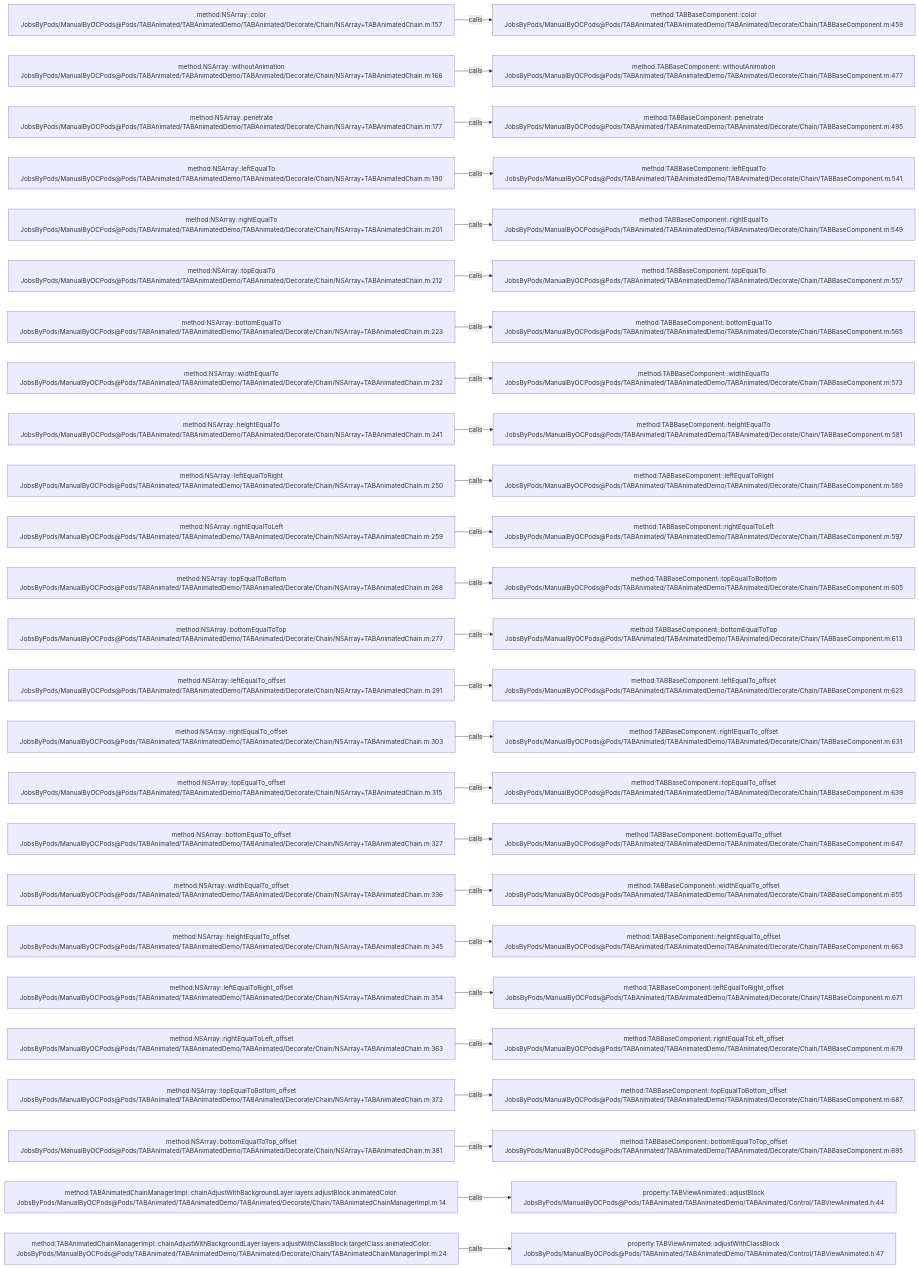
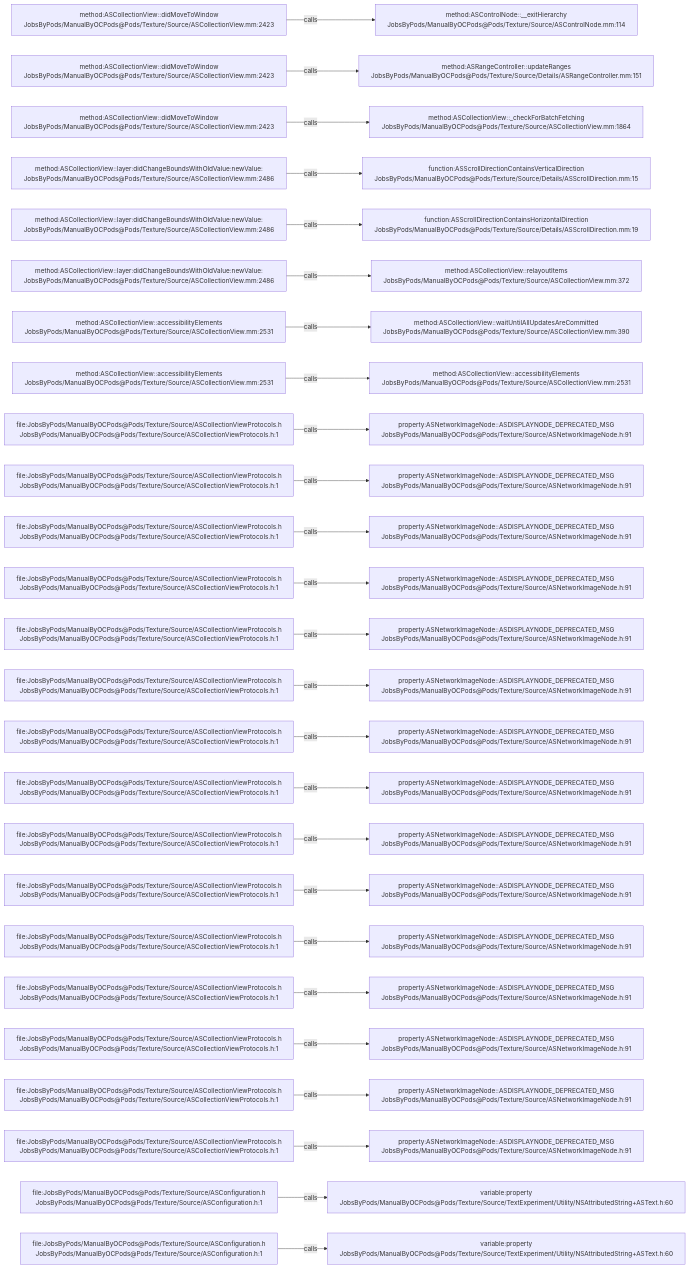
Before and after one commit to JobsKits/JobsOCBaseConfigDemo: the diagram in .codegraph/codegraph.md/graphs/calls-194.md, drawn with Mermaid. The commit also changed 573 other files, not shown here.

````diff
--- a/.codegraph/codegraph.md/graphs/calls-194.md
+++ b/.codegraph/codegraph.md/graphs/calls-194.md
@@ -13,78 +13,78 @@
 ```mermaid
 flowchart LR
-  S1["method:NSArray::color<br/>JobsByPods/ManualByOCPods@Pods/TABAnimated/TABAnimatedDemo/TABAnimated/Decorate/Chain/NSArray+TABAnimatedChain.m:157"]
-  T1["method:TABBaseComponent::color<br/>JobsByPods/ManualByOCPods@Pods/TABAnimated/TABAnimatedDemo/TABAnimated/Decorate/Chain/TABBaseComponent.m:459"]
+  S1["method:ASCollectionView::didMoveToWindow<br/>JobsByPods/ManualByOCPods@Pods/Texture/Source/ASCollectionView.mm:2423"]
+  T1["method:ASControlNode::__exitHierarchy<br/>JobsByPods/ManualByOCPods@Pods/Texture/Source/ASControlNode.mm:114"]
   S1 -->|calls| T1
-  S2["method:NSArray::withoutAnimation<br/>JobsByPods/ManualByOCPods@Pods/TABAnimated/TABAnimatedDemo/TABAnimated/Decorate/Chain/NSArray+TABAnimatedChain.m:166"]
-  T2["method:TABBaseComponent::withoutAnimation<br/>JobsByPods/ManualByOCPods@Pods/TABAnimated/TABAnimatedDemo/TABAnimated/Decorate/Chain/TABBaseComponent.m:477"]
+  S2["method:ASCollectionView::didMoveToWindow<br/>JobsByPods/ManualByOCPods@Pods/Texture/Source/ASCollectionView.mm:2423"]
+  T2["method:ASRangeController::updateRanges<br/>JobsByPods/ManualByOCPods@Pods/Texture/Source/Details/ASRangeController.mm:151"]
   S2 -->|calls| T2
-  S3["method:NSArray::penetrate<br/>JobsByPods/ManualByOCPods@Pods/TABAnimated/TABAnimatedDemo/TABAnimated/Decorate/Chain/NSArray+TABAnimatedChain.m:177"]
-  T3["method:TABBaseComponent::penetrate<br/>JobsByPods/ManualByOCPods@Pods/TABAnimated/TABAnimatedDemo/TABAnimated/Decorate/Chain/TABBaseComponent.m:495"]
+  S3["method:ASCollectionView::didMoveToWindow<br/>JobsByPods/ManualByOCPods@Pods/Texture/Source/ASCollectionView.mm:2423"]
+  T3["method:ASCollectionView::_checkForBatchFetching<br/>JobsByPods/ManualByOCPods@Pods/Texture/Source/ASCollectionView.mm:1864"]
   S3 -->|calls| T3
-  S4["method:NSArray::leftEqualTo<br/>JobsByPods/ManualByOCPods@Pods/TABAnimated/TABAnimatedDemo/TABAnimated/Decorate/Chain/NSArray+TABAnimatedChain.m:190"]
-  T4["method:TABBaseComponent::leftEqualTo<br/>JobsByPods/ManualByOCPods@Pods/TABAnimated/TABAnimatedDemo/TABAnimated/Decorate/Chain/TABBaseComponent.m:541"]
+  S4["method:ASCollectionView::layer:didChangeBoundsWithOldValue:newValue:<br/>JobsByPods/ManualByOCPods@Pods/Texture/Source/ASCollectionView.mm:2486"]
+  T4["function:ASScrollDirectionContainsVerticalDirection<br/>JobsByPods/ManualByOCPods@Pods/Texture/Source/Details/ASScrollDirection.mm:15"]
   S4 -->|calls| T4
-  S5["method:NSArray::rightEqualTo<br/>JobsByPods/ManualByOCPods@Pods/TABAnimated/TABAnimatedDemo/TABAnimated/Decorate/Chain/NSArray+TABAnimatedChain.m:201"]
-  T5["method:TABBaseComponent::rightEqualTo<br/>JobsByPods/ManualByOCPods@Pods/TABAnimated/TABAnimatedDemo/TABAnimated/Decorate/Chain/TABBaseComponent.m:549"]
+  S5["method:ASCollectionView::layer:didChangeBoundsWithOldValue:newValue:<br/>JobsByPods/ManualByOCPods@Pods/Texture/Source/ASCollectionView.mm:2486"]
+  T5["function:ASScrollDirectionContainsHorizontalDirection<br/>JobsByPods/ManualByOCPods@Pods/Texture/Source/Details/ASScrollDirection.mm:19"]
   S5 -->|calls| T5
-  S6["method:NSArray::topEqualTo<br/>JobsByPods/ManualByOCPods@Pods/TABAnimated/TABAnimatedDemo/TABAnimated/Decorate/Chain/NSArray+TABAnimatedChain.m:212"]
-  T6["method:TABBaseComponent::topEqualTo<br/>JobsByPods/ManualByOCPods@Pods/TABAnimated/TABAnimatedDemo/TABAnimated/Decorate/Chain/TABBaseComponent.m:557"]
+  S6["method:ASCollectionView::layer:didChangeBoundsWithOldValue:newValue:<br/>JobsByPods/ManualByOCPods@Pods/Texture/Source/ASCollectionView.mm:2486"]
+  T6["method:ASCollectionView::relayoutItems<br/>JobsByPods/ManualByOCPods@Pods/Texture/Source/ASCollectionView.mm:372"]
   S6 -->|calls| T6
-  S7["method:NSArray::bottomEqualTo<br/>JobsByPods/ManualByOCPods@Pods/TABAnimated/TABAnimatedDemo/TABAnimated/Decorate/Chain/NSArray+TABAnimatedChain.m:223"]
-  T7["method:TABBaseComponent::bottomEqualTo<br/>JobsByPods/ManualByOCPods@Pods/TABAnimated/TABAnimatedDemo/TABAnimated/Decorate/Chain/TABBaseComponent.m:565"]
+  S7["method:ASCollectionView::accessibilityElements<br/>JobsByPods/ManualByOCPods@Pods/Texture/Source/ASCollectionView.mm:2531"]
+  T7["method:ASCollectionView::waitUntilAllUpdatesAreCommitted<br/>JobsByPods/ManualByOCPods@Pods/Texture/Source/ASCollectionView.mm:390"]
   S7 -->|calls| T7
-  S8["method:NSArray::widthEqualTo<br/>JobsByPods/ManualByOCPods@Pods/TABAnimated/TABAnimatedDemo/TABAnimated/Decorate/Chain/NSArray+TABAnimatedChain.m:232"]
-  T8["method:TABBaseComponent::widthEqualTo<br/>JobsByPods/ManualByOCPods@Pods/TABAnimated/TABAnimatedDemo/TABAnimated/Decorate/Chain/TABBaseComponent.m:573"]
+  S8["method:ASCollectionView::accessibilityElements<br/>JobsByPods/ManualByOCPods@Pods/Texture/Source/ASCollectionView.mm:2531"]
+  T8["method:ASCollectionView::accessibilityElements<br/>JobsByPods/ManualByOCPods@Pods/Texture/Source/ASCollectionView.mm:2531"]
   S8 -->|calls| T8
-  S9["method:NSArray::heightEqualTo<br/>JobsByPods/ManualByOCPods@Pods/TABAnimated/TABAnimatedDemo/TABAnimated/Decorate/Chain/NSArray+TABAnimatedChain.m:241"]
-  T9["method:TABBaseComponent::heightEqualTo<br/>JobsByPods/ManualByOCPods@Pods/TABAnimated/TABAnimatedDemo/TABAnimated/Decorate/Chain/TABBaseComponent.m:581"]
+  S9["file:JobsByPods/ManualByOCPods@Pods/Texture/Source/ASCollectionViewProtocols.h<br/>JobsByPods/ManualByOCPods@Pods/Texture/Source/ASCollectionViewProtocols.h:1"]
+  T9["property:ASNetworkImageNode::ASDISPLAYNODE_DEPRECATED_MSG<br/>JobsByPods/ManualByOCPods@Pods/Texture/Source/ASNetworkImageNode.h:91"]
   S9 -->|calls| T9
-  S10["method:NSArray::leftEqualToRight<br/>JobsByPods/ManualByOCPods@Pods/TABAnimated/TABAnimatedDemo/TABAnimated/Decorate/Chain/NSArray+TABAnimatedChain.m:250"]
-  T10["method:TABBaseComponent::leftEqualToRight<br/>JobsByPods/ManualByOCPods@Pods/TABAnimated/TABAnimatedDemo/TABAnimated/Decorate/Chain/TABBaseComponent.m:589"]
+  S10["file:JobsByPods/ManualByOCPods@Pods/Texture/Source/ASCollectionViewProtocols.h<br/>JobsByPods/ManualByOCPods@Pods/Texture/Source/ASCollectionViewProtocols.h:1"]
+  T10["property:ASNetworkImageNode::ASDISPLAYNODE_DEPRECATED_MSG<br/>JobsByPods/ManualByOCPods@Pods/Texture/Source/ASNetworkImageNode.h:91"]
   S10 -->|calls| T10
-  S11["method:NSArray::rightEqualToLeft<br/>JobsByPods/ManualByOCPods@Pods/TABAnimated/TABAnimatedDemo/TABAnimated/Decorate/Chain/NSArray+TABAnimatedChain.m:259"]
-  T11["method:TABBaseComponent::rightEqualToLeft<br/>JobsByPods/ManualByOCPods@Pods/TABAnimated/TABAnimatedDemo/TABAnimated/Decorate/Chain/TABBaseComponent.m:597"]
+  S11["file:JobsByPods/ManualByOCPods@Pods/Texture/Source/ASCollectionViewProtocols.h<br/>JobsByPods/ManualByOCPods@Pods/Texture/Source/ASCollectionViewProtocols.h:1"]
+  T11["property:ASNetworkImageNode::ASDISPLAYNODE_DEPRECATED_MSG<br/>JobsByPods/ManualByOCPods@Pods/Texture/Source/ASNetworkImageNode.h:91"]
   S11 -->|calls| T11
-  S12["method:NSArray::topEqualToBottom<br/>JobsByPods/ManualByOCPods@Pods/TABAnimated/TABAnimatedDemo/TABAnimated/Decorate/Chain/NSArray+TABAnimatedChain.m:268"]
-  T12["method:TABBaseComponent::topEqualToBottom<br/>JobsByPods/ManualByOCPods@Pods/TABAnimated/TABAnimatedDemo/TABAnimated/Decorate/Chain/TABBaseComponent.m:605"]
+  S12["file:JobsByPods/ManualByOCPods@Pods/Texture/Source/ASCollectionViewProtocols.h<br/>JobsByPods/ManualByOCPods@Pods/Texture/Source/ASCollectionViewProtocols.h:1"]
+  T12["property:ASNetworkImageNode::ASDISPLAYNODE_DEPRECATED_MSG<br/>JobsByPods/ManualByOCPods@Pods/Texture/Source/ASNetworkImageNode.h:91"]
   S12 -->|calls| T12
-  S13["method:NSArray::bottomEqualToTop<br/>JobsByPods/ManualByOCPods@Pods/TABAnimated/TABAnimatedDemo/TABAnimated/Decorate/Chain/NSArray+TABAnimatedChain.m:277"]
-  T13["method:TABBaseComponent::bottomEqualToTop<br/>JobsByPods/ManualByOCPods@Pods/TABAnimated/TABAnimatedDemo/TABAnimated/Decorate/Chain/TABBaseComponent.m:613"]
+  S13["file:JobsByPods/ManualByOCPods@Pods/Texture/Source/ASCollectionViewProtocols.h<br/>JobsByPods/ManualByOCPods@Pods/Texture/Source/ASCollectionViewProtocols.h:1"]
+  T13["property:ASNetworkImageNode::ASDISPLAYNODE_DEPRECATED_MSG<br/>JobsByPods/ManualByOCPods@Pods/Texture/Source/ASNetworkImageNode.h:91"]
   S13 -->|calls| T13
-  S14["method:NSArray::leftEqualTo_offset<br/>JobsByPods/ManualByOCPods@Pods/TABAnimated/TABAnimatedDemo/TABAnimated/Decorate/Chain/NSArray+TABAnimatedChain.m:291"]
-  T14["method:TABBaseComponent::leftEqualTo_offset<br/>JobsByPods/ManualByOCPods@Pods/TABAnimated/TABAnimatedDemo/TABAnimated/Decorate/Chain/TABBaseComponent.m:623"]
+  S14["file:JobsByPods/ManualByOCPods@Pods/Texture/Source/ASCollectionViewProtocols.h<br/>JobsByPods/ManualByOCPods@Pods/Texture/Source/ASCollectionViewProtocols.h:1"]
+  T14["property:ASNetworkImageNode::ASDISPLAYNODE_DEPRECATED_MSG<br/>JobsByPods/ManualByOCPods@Pods/Texture/Source/ASNetworkImageNode.h:91"]
   S14 -->|calls| T14
-  S15["method:NSArray::rightEqualTo_offset<br/>JobsByPods/ManualByOCPods@Pods/TABAnimated/TABAnimatedDemo/TABAnimated/Decorate/Chain/NSArray+TABAnimatedChain.m:303"]
-  T15["method:TABBaseComponent::rightEqualTo_offset<br/>JobsByPods/ManualByOCPods@Pods/TABAnimated/TABAnimatedDemo/TABAnimated/Decorate/Chain/TABBaseComponent.m:631"]
+  S15["file:JobsByPods/ManualByOCPods@Pods/Texture/Source/ASCollectionViewProtocols.h<br/>JobsByPods/ManualByOCPods@Pods/Texture/Source/ASCollectionViewProtocols.h:1"]
+  T15["property:ASNetworkImageNode::ASDISPLAYNODE_DEPRECATED_MSG<br/>JobsByPods/ManualByOCPods@Pods/Texture/Source/ASNetworkImageNode.h:91"]
   S15 -->|calls| T15
-  S16["method:NSArray::topEqualTo_offset<br/>JobsByPods/ManualByOCPods@Pods/TABAnimated/TABAnimatedDemo/TABAnimated/Decorate/Chain/NSArray+TABAnimatedChain.m:315"]
-  T16["method:TABBaseComponent::topEqualTo_offset<br/>JobsByPods/ManualByOCPods@Pods/TABAnimated/TABAnimatedDemo/TABAnimated/Decorate/Chain/TABBaseComponent.m:639"]
+  S16["file:JobsByPods/ManualByOCPods@Pods/Texture/Source/ASCollectionViewProtocols.h<br/>JobsByPods/ManualByOCPods@Pods/Texture/Source/ASCollectionViewProtocols.h:1"]
+  T16["property:ASNetworkImageNode::ASDISPLAYNODE_DEPRECATED_MSG<br/>JobsByPods/ManualByOCPods@Pods/Texture/Source/ASNetworkImageNode.h:91"]
   S16 -->|calls| T16
-  S17["method:NSArray::bottomEqualTo_offset<br/>JobsByPods/ManualByOCPods@Pods/TABAnimated/TABAnimatedDemo/TABAnimated/Decorate/Chain/NSArray+TABAnimatedChain.m:327"]
-  T17["method:TABBaseComponent::bottomEqualTo_offset<br/>JobsByPods/ManualByOCPods@Pods/TABAnimated/TABAnimatedDemo/TABAnimated/Decorate/Chain/TABBaseComponent.m:647"]
+  S17["file:JobsByPods/ManualByOCPods@Pods/Texture/Source/ASCollectionViewProtocols.h<br/>JobsByPods/ManualByOCPods@Pods/Texture/Source/ASCollectionViewProtocols.h:1"]
+  T17["property:ASNetworkImageNode::ASDISPLAYNODE_DEPRECATED_MSG<br/>JobsByPods/ManualByOCPods@Pods/Texture/Source/ASNetworkImageNode.h:91"]
   S17 -->|calls| T17
-  S18["method:NSArray::widthEqualTo_offset<br/>JobsByPods/ManualByOCPods@Pods/TABAnimated/TABAnimatedDemo/TABAnimated/Decorate/Chain/NSArray+TABAnimatedChain.m:336"]
-  T18["method:TABBaseComponent::widthEqualTo_offset<br/>JobsByPods/ManualByOCPods@Pods/TABAnimated/TABAnimatedDemo/TABAnimated/Decorate/Chain/TABBaseComponent.m:655"]
+  S18["file:JobsByPods/ManualByOCPods@Pods/Texture/Source/ASCollectionViewProtocols.h<br/>JobsByPods/ManualByOCPods@Pods/Texture/Source/ASCollectionViewProtocols.h:1"]
+  T18["property:ASNetworkImageNode::ASDISPLAYNODE_DEPRECATED_MSG<br/>JobsByPods/ManualByOCPods@Pods/Texture/Source/ASNetworkImageNode.h:91"]
   S18 -->|calls| T18
-  S19["method:NSArray::heightEqualTo_offset<br/>JobsByPods/ManualByOCPods@Pods/TABAnimated/TABAnimatedDemo/TABAnimated/Decorate/Chain/NSArray+TABAnimatedChain.m:345"]
-  T19["method:TABBaseComponent::heightEqualTo_offset<br/>JobsByPods/ManualByOCPods@Pods/TABAnimated/TABAnimatedDemo/TABAnimated/Decorate/Chain/TABBaseComponent.m:663"]
+  S19["file:JobsByPods/ManualByOCPods@Pods/Texture/Source/ASCollectionViewProtocols.h<br/>JobsByPods/ManualByOCPods@Pods/Texture/Source/ASCollectionViewProtocols.h:1"]
+  T19["property:ASNetworkImageNode::ASDISPLAYNODE_DEPRECATED_MSG<br/>JobsByPods/ManualByOCPods@Pods/Texture/Source/ASNetworkImageNode.h:91"]
   S19 -->|calls| T19
-  S20["method:NSArray::leftEqualToRight_offset<br/>JobsByPods/ManualByOCPods@Pods/TABAnimated/TABAnimatedDemo/TABAnimated/Decorate/Chain/NSArray+TABAnimatedChain.m:354"]
-  T20["method:TABBaseComponent::leftEqualToRight_offset<br/>JobsByPods/ManualByOCPods@Pods/TABAnimated/TABAnimatedDemo/TABAnimated/Decorate/Chain/TABBaseComponent.m:671"]
+  S20["file:JobsByPods/ManualByOCPods@Pods/Texture/Source/ASCollectionViewProtocols.h<br/>JobsByPods/ManualByOCPods@Pods/Texture/Source/ASCollectionViewProtocols.h:1"]
+  T20["property:ASNetworkImageNode::ASDISPLAYNODE_DEPRECATED_MSG<br/>JobsByPods/ManualByOCPods@Pods/Texture/Source/ASNetworkImageNode.h:91"]
   S20 -->|calls| T20
-  S21["method:NSArray::rightEqualToLeft_offset<br/>JobsByPods/ManualByOCPods@Pods/TABAnimated/TABAnimatedDemo/TABAnimated/Decorate/Chain/NSArray+TABAnimatedChain.m:363"]
-  T21["method:TABBaseComponent::rightEqualToLeft_offset<br/>JobsByPods/ManualByOCPods@Pods/TABAnimated/TABAnimatedDemo/TABAnimated/Decorate/Chain/TABBaseComponent.m:679"]
+  S21["file:JobsByPods/ManualByOCPods@Pods/Texture/Source/ASCollectionViewProtocols.h<br/>JobsByPods/ManualByOCPods@Pods/Texture/Source/ASCollectionViewProtocols.h:1"]
+  T21["property:ASNetworkImageNode::ASDISPLAYNODE_DEPRECATED_MSG<br/>JobsByPods/ManualByOCPods@Pods/Texture/Source/ASNetworkImageNode.h:91"]
   S21 -->|calls| T21
-  S22["method:NSArray::topEqualToBottom_offset<br/>JobsByPods/ManualByOCPods@Pods/TABAnimated/TABAnimatedDemo/TABAnimated/Decorate/Chain/NSArray+TABAnimatedChain.m:372"]
-  T22["method:TABBaseComponent::topEqualToBottom_offset<br/>JobsByPods/ManualByOCPods@Pods/TABAnimated/TABAnimatedDemo/TABAnimated/Decorate/Chain/TABBaseComponent.m:687"]
+  S22["file:JobsByPods/ManualByOCPods@Pods/Texture/Source/ASCollectionViewProtocols.h<br/>JobsByPods/ManualByOCPods@Pods/Texture/Source/ASCollectionViewProtocols.h:1"]
+  T22["property:ASNetworkImageNode::ASDISPLAYNODE_DEPRECATED_MSG<br/>JobsByPods/ManualByOCPods@Pods/Texture/Source/ASNetworkImageNode.h:91"]
   S22 -->|calls| T22
-  S23["method:NSArray::bottomEqualToTop_offset<br/>JobsByPods/ManualByOCPods@Pods/TABAnimated/TABAnimatedDemo/TABAnimated/Decorate/Chain/NSArray+TABAnimatedChain.m:381"]
-  T23["method:TABBaseComponent::bottomEqualToTop_offset<br/>JobsByPods/ManualByOCPods@Pods/TABAnimated/TABAnimatedDemo/TABAnimated/Decorate/Chain/TABBaseComponent.m:695"]
+  S23["file:JobsByPods/ManualByOCPods@Pods/Texture/Source/ASCollectionViewProtocols.h<br/>JobsByPods/ManualByOCPods@Pods/Texture/Source/ASCollectionViewProtocols.h:1"]
+  T23["property:ASNetworkImageNode::ASDISPLAYNODE_DEPRECATED_MSG<br/>JobsByPods/ManualByOCPods@Pods/Texture/Source/ASNetworkImageNode.h:91"]
   S23 -->|calls| T23
-  S24["method:TABAnimatedChainManagerImpl::chainAdjustWithBackgroundLayer:layers:adjustBlock:animatedColor:<br/>JobsByPods/ManualByOCPods@Pods/TABAnimated/TABAnimatedDemo/TABAnimated/Decorate/Chain/TABAnimatedChainManagerImpl.m:14"]
-  T24["property:TABViewAnimated::adjustBlock<br/>JobsByPods/ManualByOCPods@Pods/TABAnimated/TABAnimatedDemo/TABAnimated/Control/TABViewAnimated.h:44"]
+  S24["file:JobsByPods/ManualByOCPods@Pods/Texture/Source/ASConfiguration.h<br/>JobsByPods/ManualByOCPods@Pods/Texture/Source/ASConfiguration.h:1"]
+  T24["variable:property<br/>JobsByPods/ManualByOCPods@Pods/Texture/Source/TextExperiment/Utility/NSAttributedString+ASText.h:60"]
   S24 -->|calls| T24
-  S25["method:TABAnimatedChainManagerImpl::chainAdjustWithBackgroundLayer:layers:adjustWithClassBlock:targetClass:animatedColor:<br/>JobsByPods/ManualByOCPods@Pods/TABAnimated/TABAnimatedDemo/TABAnimated/Decorate/Chain/TABAnimatedChainManagerImpl.m:24"]
-  T25["property:TABViewAnimated::adjustWithClassBlock<br/>JobsByPods/ManualByOCPods@Pods/TABAnimated/TABAnimatedDemo/TABAnimated/Control/TABViewAnimated.h:47"]
+  S25["file:JobsByPods/ManualByOCPods@Pods/Texture/Source/ASConfiguration.h<br/>JobsByPods/ManualByOCPods@Pods/Texture/Source/ASConfiguration.h:1"]
+  T25["variable:property<br/>JobsByPods/ManualByOCPods@Pods/Texture/Source/TextExperiment/Utility/NSAttributedString+ASText.h:60"]
   S25 -->|calls| T25
 ```
````
